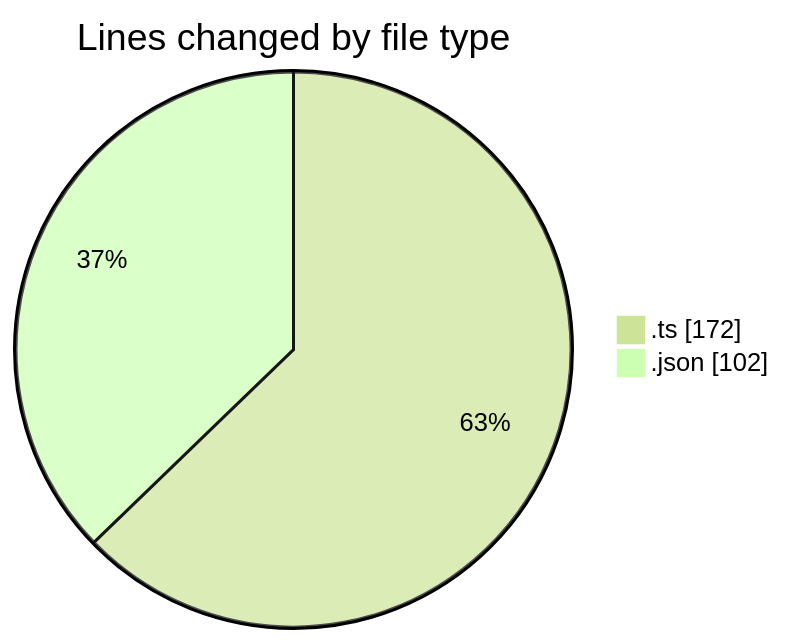
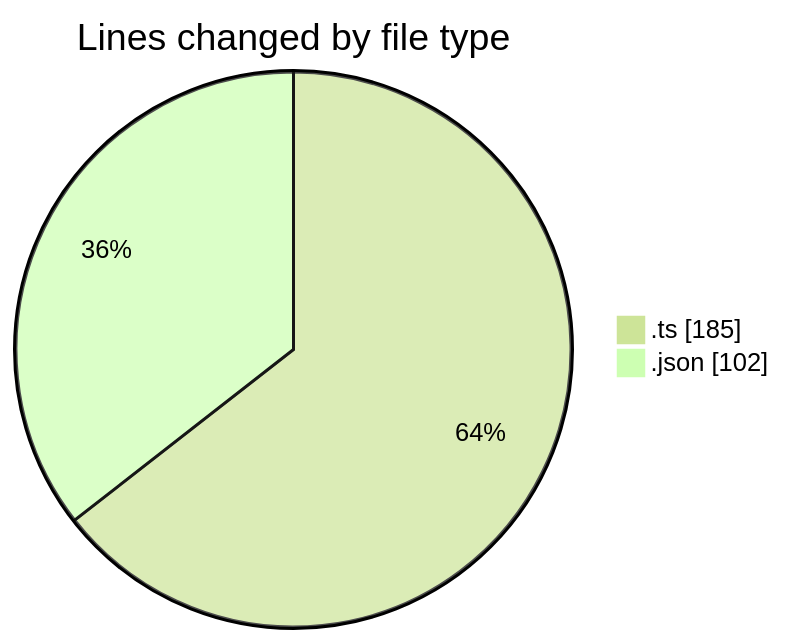
One commit to igalym/code-tracking changed the first of 2 diagrams in 2026-03-30/cinema/README.md. Above: the diagram before and after it, drawn with Mermaid (forest theme). The commit also changed other lines of this file and 1 other file, not shown here.

````diff
--- a/2026-03-30/cinema/README.md
+++ b/2026-03-30/cinema/README.md
@@ -28,6 +30,6 @@
 ```mermaid
 pie showData
 title Lines changed by file type
-".ts" : 172
+".ts" : 185
 ".json" : 102
 ```
````
